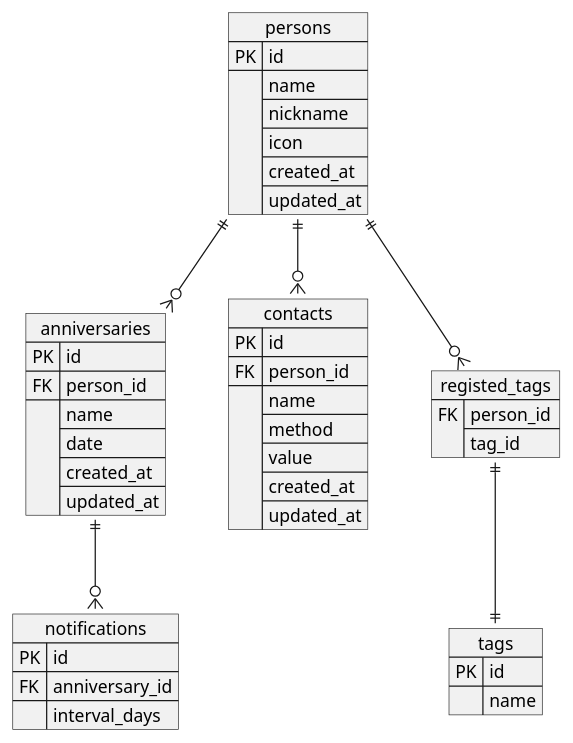
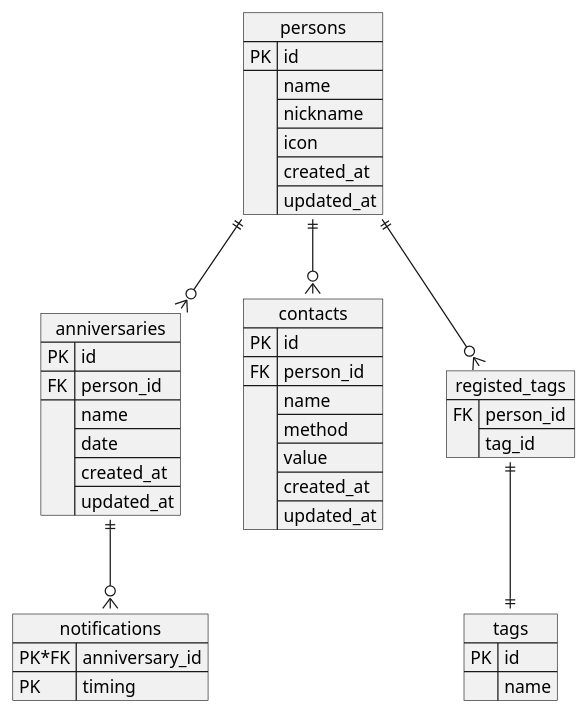
The diagram in uml/entity_relationship_diagram.pu (nmskm240/friend_list), drawn with PlantUML before and after one commit. The commit also changed 16 other files, not shown here.

```diff
--- a/uml/entity_relationship_diagram.pu
+++ b/uml/entity_relationship_diagram.pu
@@ -1,37 +1,36 @@
 @startuml
 hide circle
 
 json anniversaries {
     "PK": "id",
     "FK": "person_id",
     "": ["name", "date", "created_at", "updated_at"]
 }
 json contacts {
     "PK": "id",
     "FK": "person_id",
     "": ["name", "method", "value", "created_at", "updated_at"]
 }
 json notifications {
-    "PK": "id",
-    "FK": "anniversary_id",
-    "": "interval_days"
+    "PK*FK": "anniversary_id",
+    "PK": "timing"
 }
 json tags {
     "PK": "id",
     "": "name"
 }
 json persons {
     "PK": "id",
     "": ["name", "nickname", "icon", "created_at", "updated_at"]
 }
 json registed_tags {
     "FK": ["person_id", "tag_id"]
 }
 
 anniversaries ||--o{ notifications
 persons ||--o{ anniversaries
 persons ||--o{ contacts
 persons ||--o{ registed_tags
 registed_tags ||--|| tags
 
 @enduml
```
